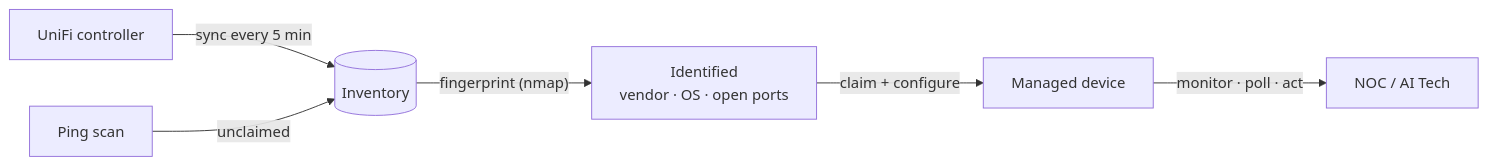
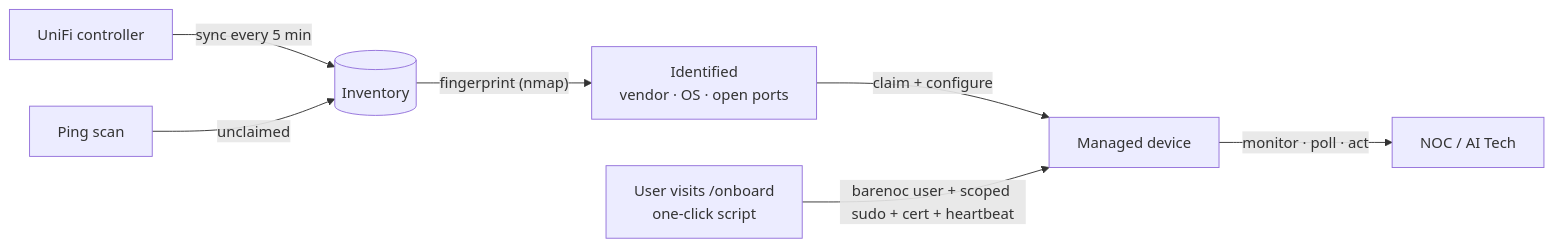
Before and after one commit to Ridge-Chapel-Tech/barenoc-appliance: the fourth of 7 diagrams in src/api/wiki/workflows.md, drawn with Mermaid. The commit also changed 52 other files, not shown here.

````diff
--- a/src/api/wiki/workflows.md
+++ b/src/api/wiki/workflows.md
@@ -66,8 +66,9 @@
 ```mermaid
 flowchart LR
     UNIFI["UniFi controller"] -->|"sync every 5 min"| INV[(Inventory)]
     SCAN["Ping scan"] -->|"unclaimed"| INV
     INV -->|"fingerprint (nmap)"| ID["Identified<br/>vendor · OS · open ports"]
     ID -->|"claim + configure"| M[Managed device]
+    SELF["User visits /onboard<br/>one-click script"] -->|"barenoc user + scoped sudo + cert + heartbeat"| M
     M -->|"monitor · poll · act"| NOC[NOC / AI Tech]
 ```
````
